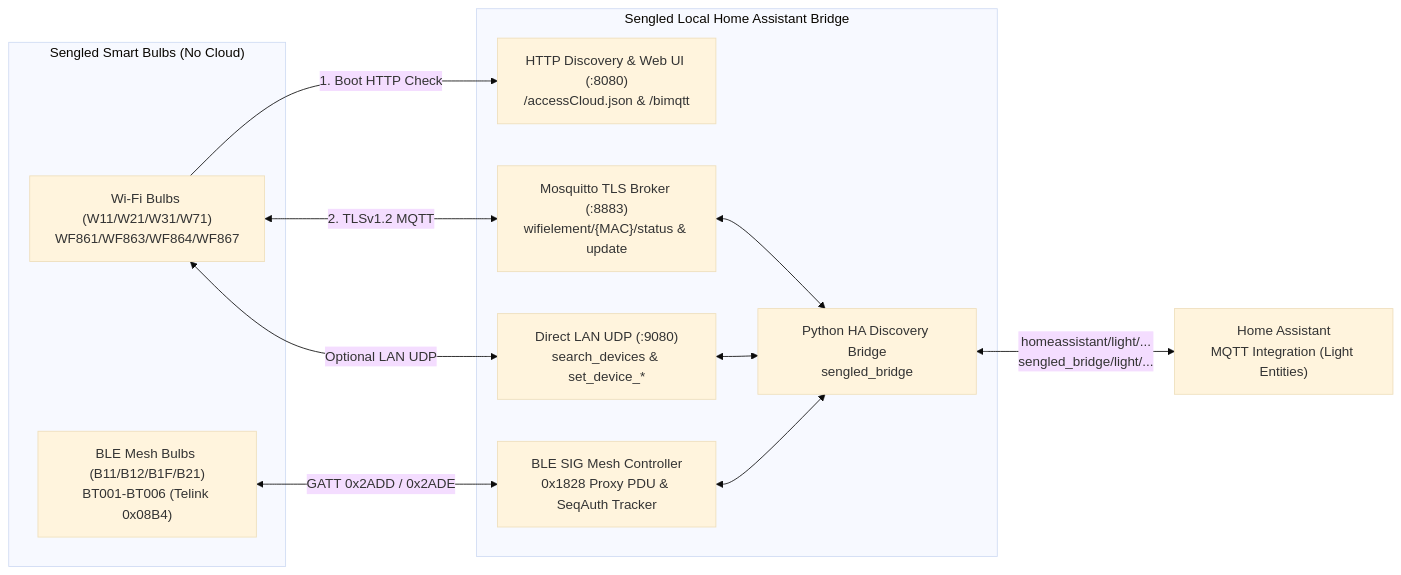
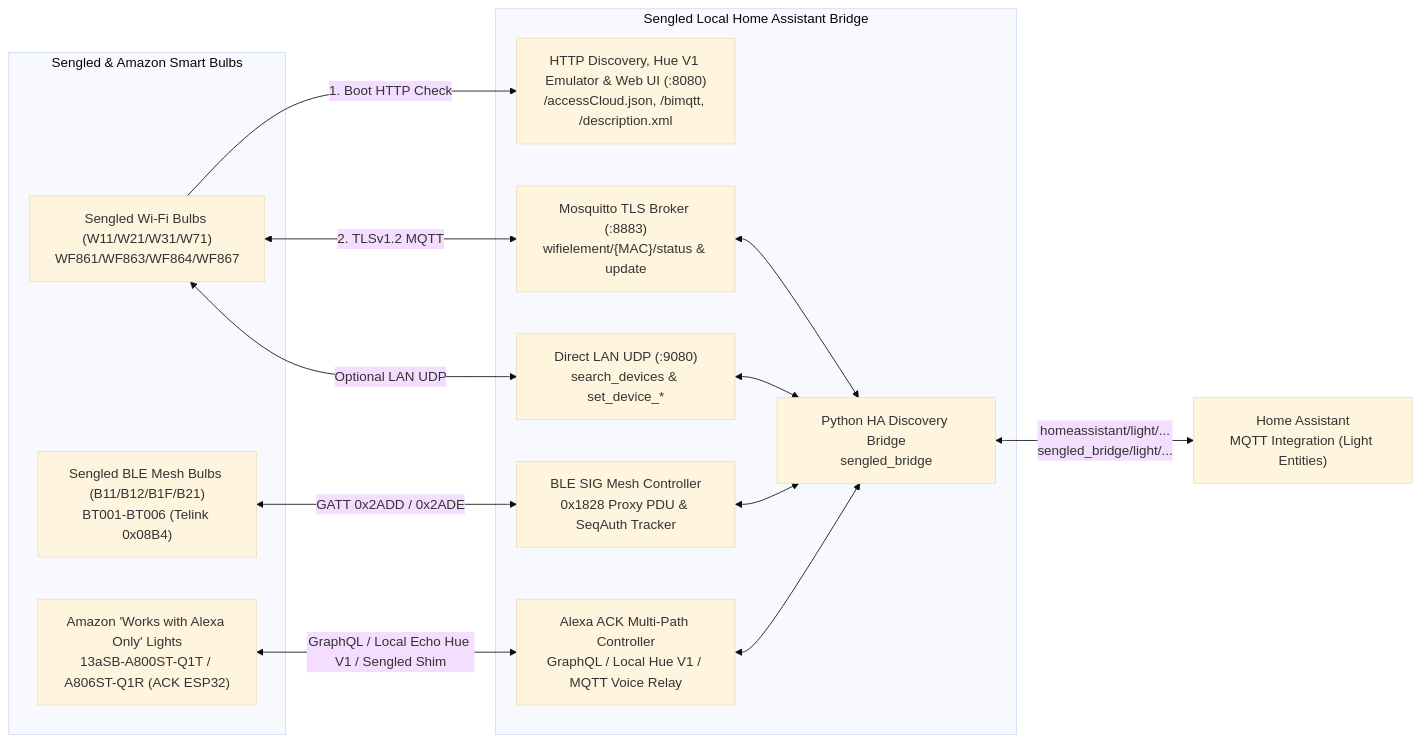
Before and after one commit to prerakchavda/sengled-local-ha-bridge: the diagram in README.md, drawn with Mermaid (base theme). The commit also changed other lines of this file and 16 other files, not shown here.

Commit message:
feat: add 4-path Amazon 'Works with Alexa Only' (ACK & Echo) bridge integration

````diff
--- a/README.md
+++ b/README.md
@@ -24,26 +30,30 @@
 ```mermaid
 flowchart LR
-    subgraph Bulbs["Sengled Smart Bulbs (No Cloud)"]
-        W["Wi-Fi Bulbs (W11/W21/W31/W71)\nWF861/WF863/WF864/WF867"]
-        B["BLE Mesh Bulbs (B11/B12/B1F/B21)\nBT001-BT006 (Telink 0x08B4)"]
+    subgraph Bulbs["Sengled & Amazon Smart Bulbs"]
+        W["Sengled Wi-Fi Bulbs (W11/W21/W31/W71)\nWF861/WF863/WF864/WF867"]
+        B["Sengled BLE Mesh Bulbs (B11/B12/B1F/B21)\nBT001-BT006 (Telink 0x08B4)"]
+        A["Amazon 'Works with Alexa Only' Lights\n13aSB-A800ST-Q1T / A806ST-Q1R (ACK ESP32)"]
     end
 
     subgraph LocalBridge["Sengled Local Home Assistant Bridge"]
-        HTTP["HTTP Discovery & Web UI (:8080)\n/accessCloud.json & /bimqtt"]
+        HTTP["HTTP Discovery, Hue V1 Emulator & Web UI (:8080)\n/accessCloud.json, /bimqtt, /description.xml"]
         TLS["Mosquitto TLS Broker (:8883)\nwifielement/{MAC}/status & update"]
         UDP["Direct LAN UDP (:9080)\nsearch_devices & set_device_*"]
         BLE["BLE SIG Mesh Controller\n0x1828 Proxy PDU & SeqAuth Tracker"]
+        ACK["Alexa ACK Multi-Path Controller\nGraphQL / Local Hue V1 / MQTT Voice Relay"]
         CORE["Python HA Discovery Bridge\nsengled_bridge"]
     end
 
     HA["Home Assistant\nMQTT Integration (Light Entities)"]
 
     W -->|"1. Boot HTTP Check"| HTTP
     W <-->|"2. TLSv1.2 MQTT"| TLS
     W <-->|"Optional LAN UDP"| UDP
     B <-->|"GATT 0x2ADD / 0x2ADE"| BLE
+    A <-->|"GraphQL / Local Echo Hue V1 / Sengled Shim"| ACK
     TLS <--> CORE
     UDP <--> CORE
     BLE <--> CORE
+    ACK <--> CORE
     CORE <-->|"homeassistant/light/...\nsengled_bridge/light/..."| HA
 ```
````
